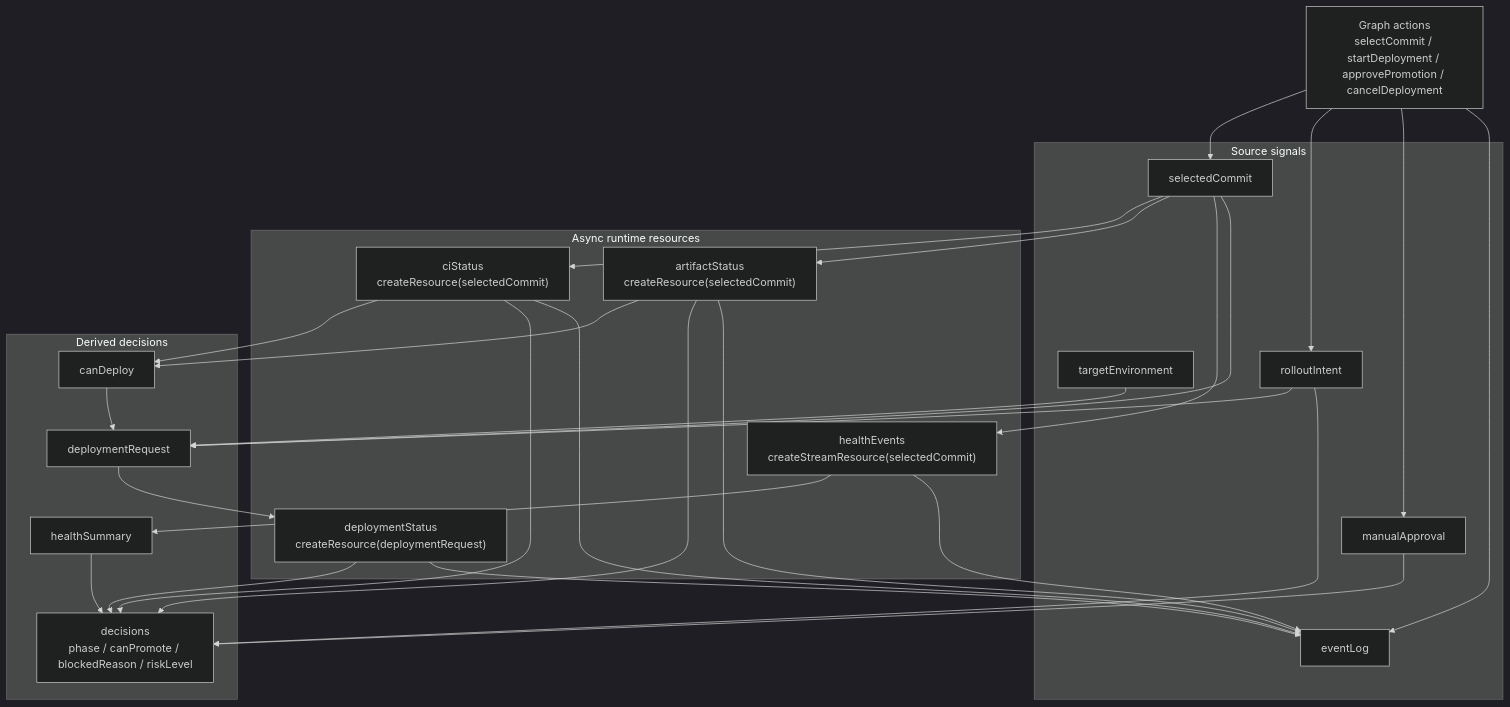
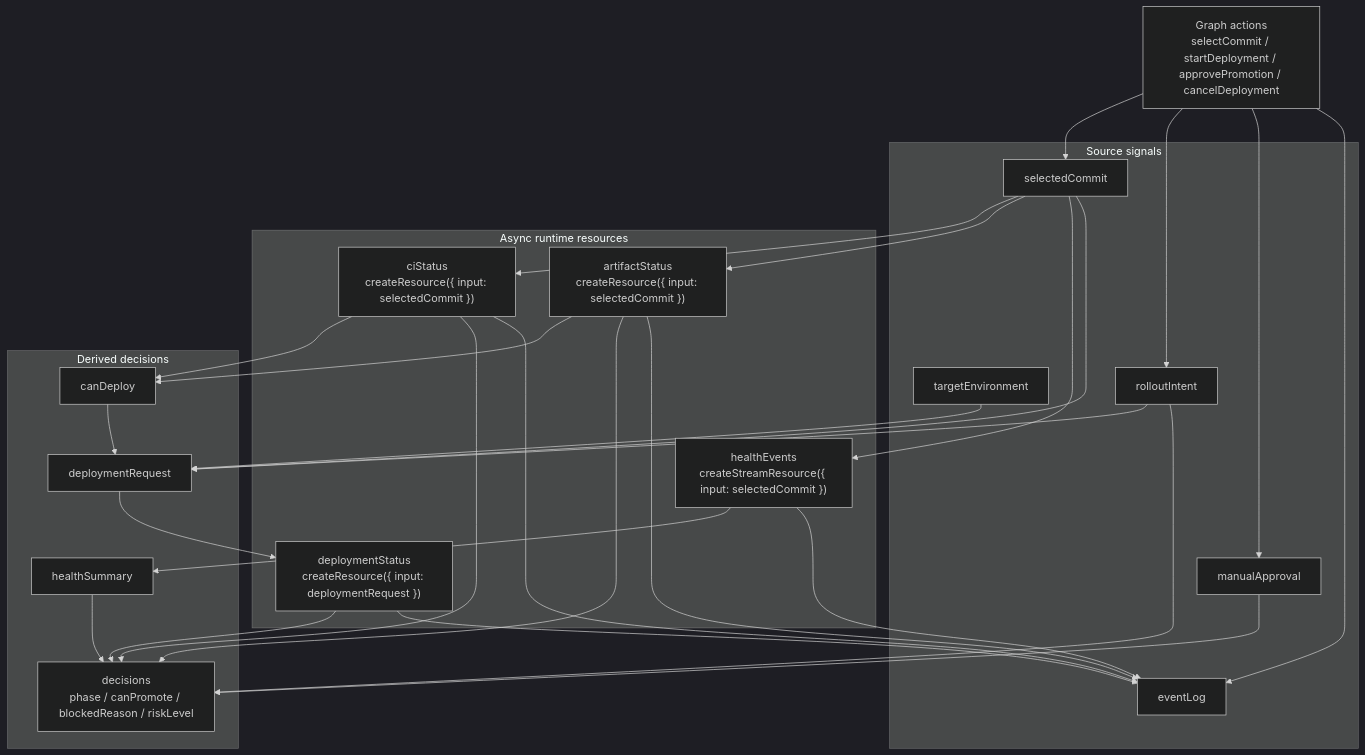
One commit to Luciano0322/signal-kernel changed the first of 3 diagrams in examples/devops-runtime/README.md. Above: the diagram before and after it, drawn with Mermaid (dark theme). The commit also changed 1 other file, not shown here.

Commit message:
chore(async): adjust example devops runtime

````diff
--- a/examples/devops-runtime/README.md
+++ b/examples/devops-runtime/README.md
@@ -25,58 +25,58 @@
 ```mermaid
 flowchart TD
   Actions["Graph actions<br/>selectCommit / startDeployment / approvePromotion / cancelDeployment"]
 
   subgraph Signals["Source signals"]
     selectedCommit["selectedCommit"]
     targetEnvironment["targetEnvironment"]
     manualApproval["manualApproval"]
     rolloutIntent["rolloutIntent"]
     eventLog["eventLog"]
   end
 
   subgraph Resources["Async runtime resources"]
-    ciStatus["ciStatus<br/>createResource(selectedCommit)"]
-    artifactStatus["artifactStatus<br/>createResource(selectedCommit)"]
-    deploymentStatus["deploymentStatus<br/>createResource(deploymentRequest)"]
-    healthEvents["healthEvents<br/>createStreamResource(selectedCommit)"]
+    ciStatus["ciStatus<br/>createResource({ input: selectedCommit })"]
+    artifactStatus["artifactStatus<br/>createResource({ input: selectedCommit })"]
+    deploymentStatus["deploymentStatus<br/>createResource({ input: deploymentRequest })"]
+    healthEvents["healthEvents<br/>createStreamResource({ input: selectedCommit })"]
   end
 
   subgraph Computed["Derived decisions"]
     canDeploy["canDeploy"]
     deploymentRequest["deploymentRequest"]
     healthSummary["healthSummary"]
     decisions["decisions<br/>phase / canPromote / blockedReason / riskLevel"]
   end
 
   Actions --> selectedCommit
   Actions --> rolloutIntent
   Actions --> manualApproval
   Actions --> eventLog
 
   selectedCommit --> ciStatus
   selectedCommit --> artifactStatus
   selectedCommit --> healthEvents
 
   ciStatus --> canDeploy
   artifactStatus --> canDeploy
 
   selectedCommit --> deploymentRequest
   targetEnvironment --> deploymentRequest
   rolloutIntent --> deploymentRequest
   canDeploy --> deploymentRequest
 
   deploymentRequest --> deploymentStatus
   healthEvents --> healthSummary
 
   ciStatus --> decisions
   artifactStatus --> decisions
   deploymentStatus --> decisions
   healthSummary --> decisions
   manualApproval --> decisions
   rolloutIntent --> decisions
 
   ciStatus --> eventLog
   artifactStatus --> eventLog
   deploymentStatus --> eventLog
   healthEvents --> eventLog
 ```
````
